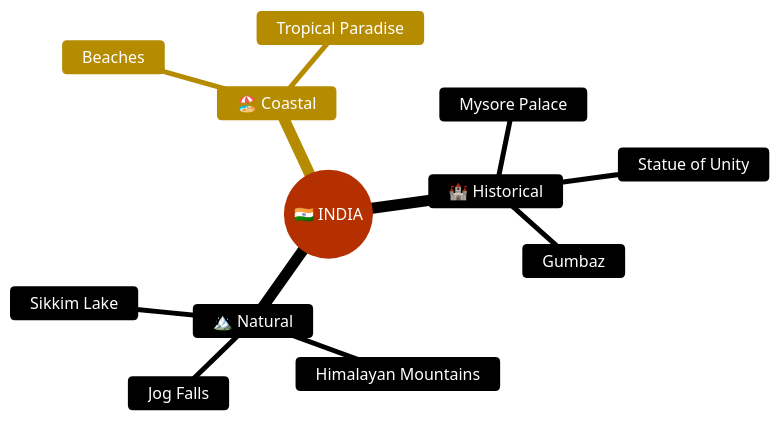
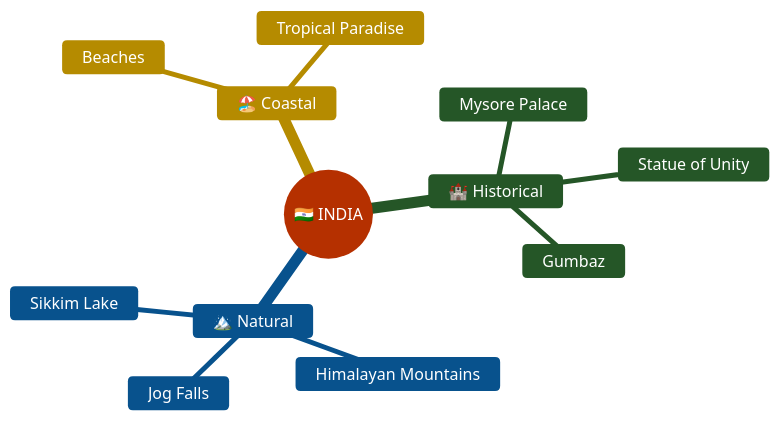
One commit to koushik4475/gooindia changed the first of 3 diagrams in README.md. Above: the diagram before and after it, drawn with Mermaid. The commit also changed other lines of this file, not shown here.

````diff
--- a/README.md
+++ b/README.md
@@ -159,16 +159,16 @@
 ```mermaid
-%%{init: {'theme':'base', 'themeVariables': { 'primaryColor':'#FF6B35','primaryTextColor':'#fff','primaryBorderColor':'#FF6B35','lineColor':'#FFD700','secondaryColor':'#1a1a1a','tertiaryColor':'#2d2d2d','noteTextColor':'#fff','noteBkgColor':'#FF6B35'}}}%%
+%%{init: {'theme':'base', 'themeVariables': { 'primaryColor':'#FF6B35','primaryTextColor':'#ffffff','primaryBorderColor':'#FF8C00','lineColor':'#FFD700','secondaryColor':'#4CAF50','secondaryTextColor':'#ffffff','secondaryBorderColor':'#45a049','tertiaryColor':'#2196F3','tertiaryTextColor':'#ffffff','tertiaryBorderColor':'#1976D2','noteBkgColor':'#FF6B35','noteTextColor':'#ffffff','background':'#1a1a2e','mainBkg':'#FF6B35','nodeBorder':'#FFD700'}}}%%
 mindmap
   root((🇮🇳 INDIA))
     🏰 Historical
       Mysore Palace
       Statue of Unity
       Gumbaz
     🏔️ Natural
       Himalayan Mountains
       Jog Falls
       Sikkim Lake
     🏖️ Coastal
       Beaches
       Tropical Paradise
 ```
````
